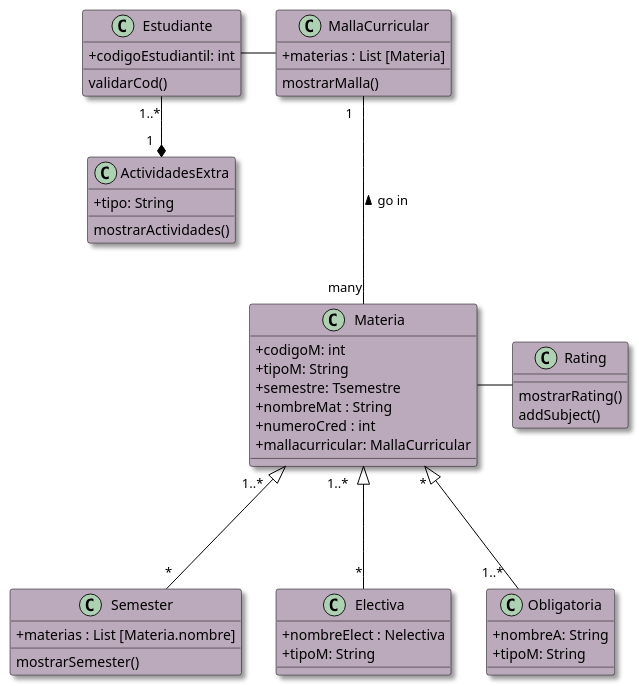
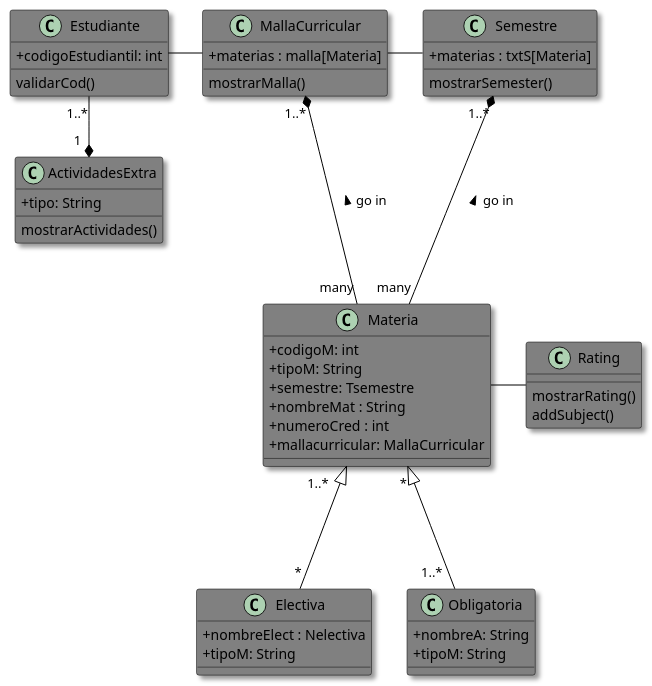
Before and after one commit to ana03ap/iPensum: the diagram in Diagrama_code.puml, drawn with PlantUML. The commit also changed 3 other files, not shown here.

Commit message:
classes,uml,var changes

```diff
--- a/Diagrama_code.puml
+++ b/Diagrama_code.puml
@@ -1,75 +1,75 @@
 @startuml "UML Project"
 
 skinparam monochrome flase 
 skinparam handwritten false 
 skinparam shadowing true
 skinparam StereotypeABackgroundColor true
 skinparam classAttributeIconSize 0
 
 skinparam class{
     
-    BackgroundColor bab
+    BackgroundColor grey
     BorderColor Black
     ArrowColor Black
 }
 
 
 class Estudiante {
 + codigoEstudiantil: int 
 validarCod()
 }
 
 
 class Materia {
 + codigoM: int 
 + tipoM: String  
 + semestre: Tsemestre
 + nombreMat : String
 + numeroCred : int
 + mallacurricular: MallaCurricular
 }
 
 Class MallaCurricular { 
-+ materias : List [Materia]
++ materias : malla[Materia]
 mostrarMalla()
 }
 
-Class Semester {
-+ materias : List [Materia.nombre]
+Class Semestre {
++ materias : txtS[Materia]
 mostrarSemester()
 }
 
 
 Class Electiva { 
 + nombreElect : Nelectiva
 + tipoM: String
 }
 
 Class Obligatoria {
 + nombreA: String 
 + tipoM: String
 }
 
 Class ActividadesExtra {
 + tipo: String
 mostrarActividades()
 }
 
 Class Rating {
 mostrarRating()
 addSubject()
 }
 
+Estudiante - MallaCurricular
 
-
-Estudiante - MallaCurricular
-MallaCurricular " 1   "--- "many" Materia :  < go in 
+MallaCurricular "1..*" *---"many" Materia :  < go in 
+Semestre " 1..*" *--- "many" Materia :  < go in 
+MallaCurricular - Semestre
 Materia "  * " <|--- "  1..*  " Obligatoria
 Materia "1..*    " <|--- "   *" Electiva
-Materia "1..*    " <|--- "   *" Semester
 Estudiante "1..*" --* "1  " ActividadesExtra
 Materia - Rating
 
 
 
 @enduml
```
